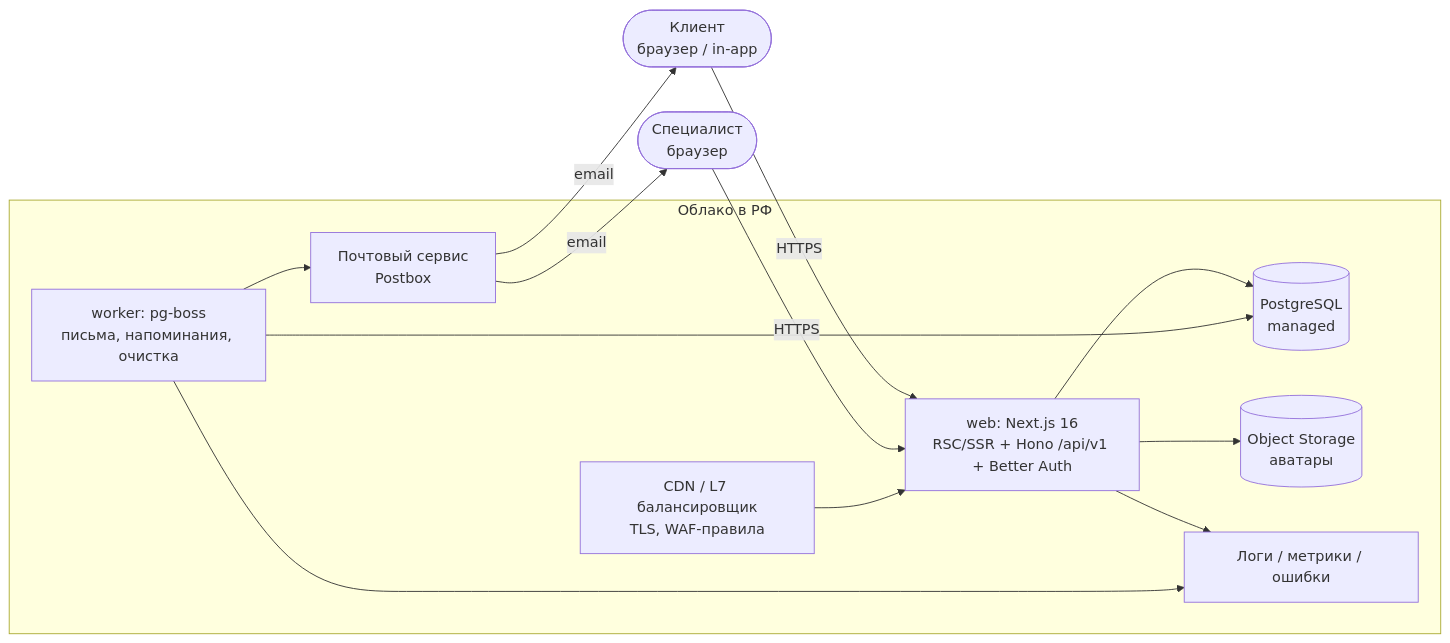
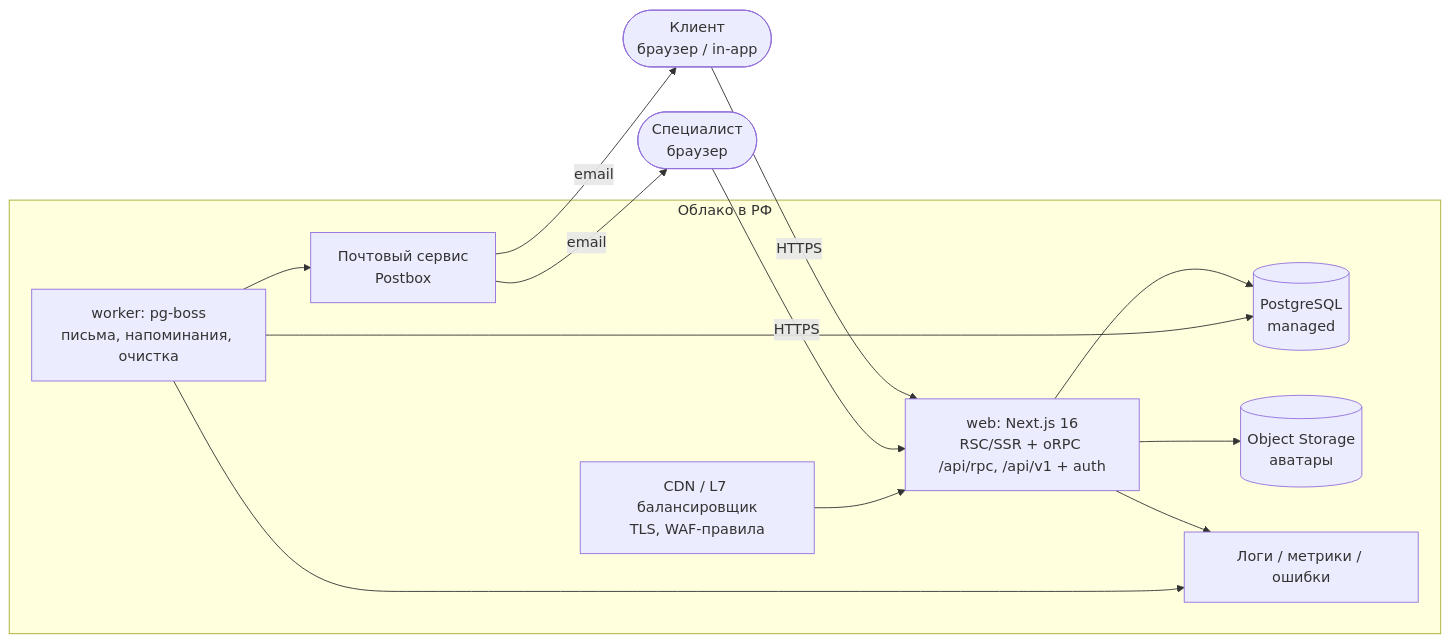
Before and after one commit to Evgeniy04/enroll: the first of 2 diagrams in docs/product-blueprint/14-architecture.md, drawn with Mermaid. The commit also changed other lines of this file and 5 other files, not shown here.

First line of the commit message:
Blueprint: итоговый технологический стек (13 §0), oRPC вместо Hono, Yandex Cloud и ESLint подтверждены

````diff
--- a/docs/product-blueprint/14-architecture.md
+++ b/docs/product-blueprint/14-architecture.md
@@ -11,23 +11,23 @@
 ```mermaid
 flowchart LR
   Client([Клиент<br/>браузер / in-app]) -->|HTTPS| Web
   Spec([Специалист<br/>браузер]) -->|HTTPS| Web
   subgraph RF[Облако в РФ]
     CDN[CDN / L7 балансировщик<br/>TLS, WAF-правила]
-    Web[web: Next.js 16<br/>RSC/SSR + Hono /api/v1 + Better Auth]
+    Web[web: Next.js 16<br/>RSC/SSR + oRPC /api/rpc, /api/v1 + auth]
     Worker[worker: pg-boss<br/>письма, напоминания, очистка]
     PG[(PostgreSQL<br/>managed)]
     S3[(Object Storage<br/>аватары)]
     Mail[Почтовый сервис<br/>Postbox]
     Logs[Логи / метрики / ошибки]
   end
   CDN --> Web
   Web --> PG
   Web --> S3
   Worker --> PG
   Worker --> Mail
   Web --> Logs
   Worker --> Logs
   Mail -->|email| Client
   Mail -->|email| Spec
 ```
````
